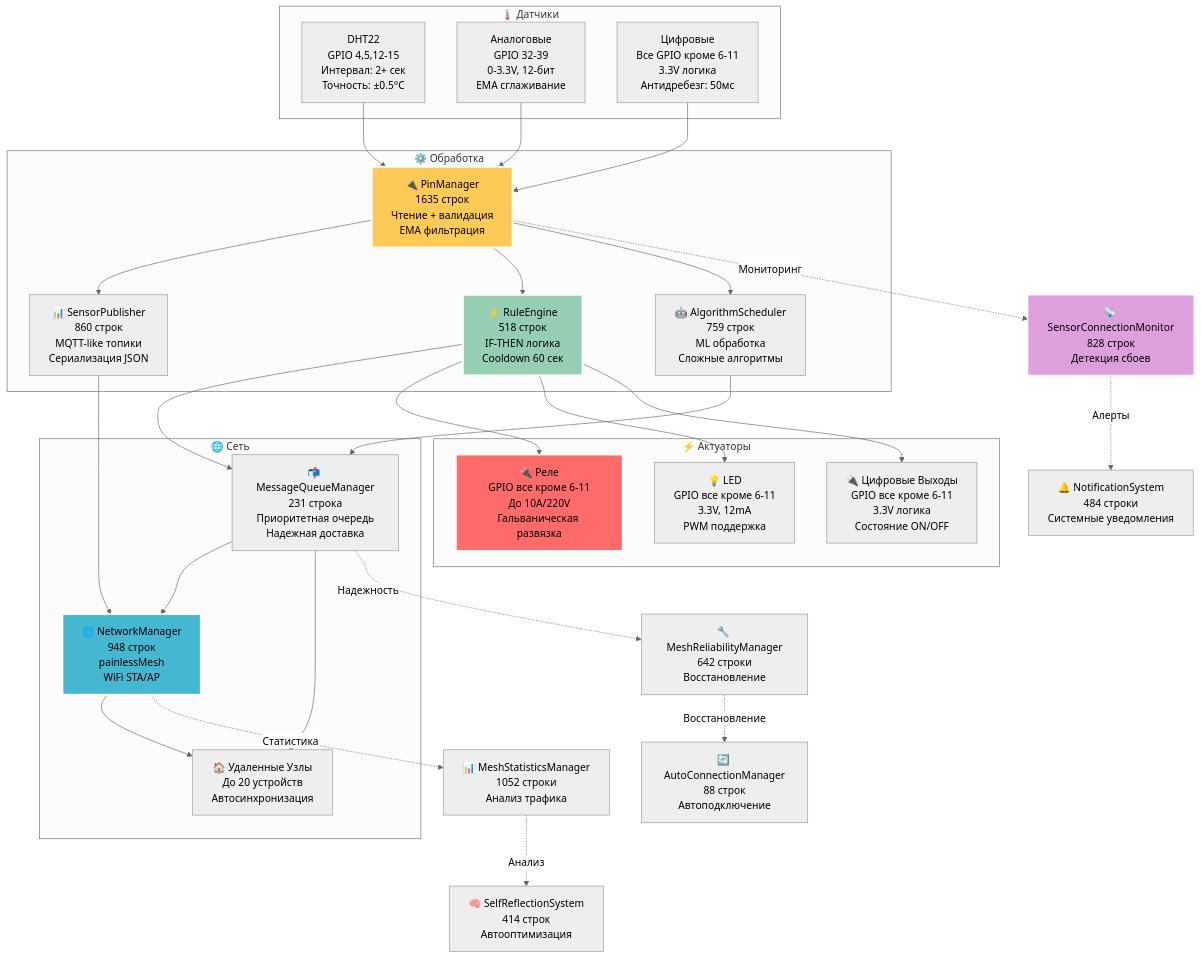
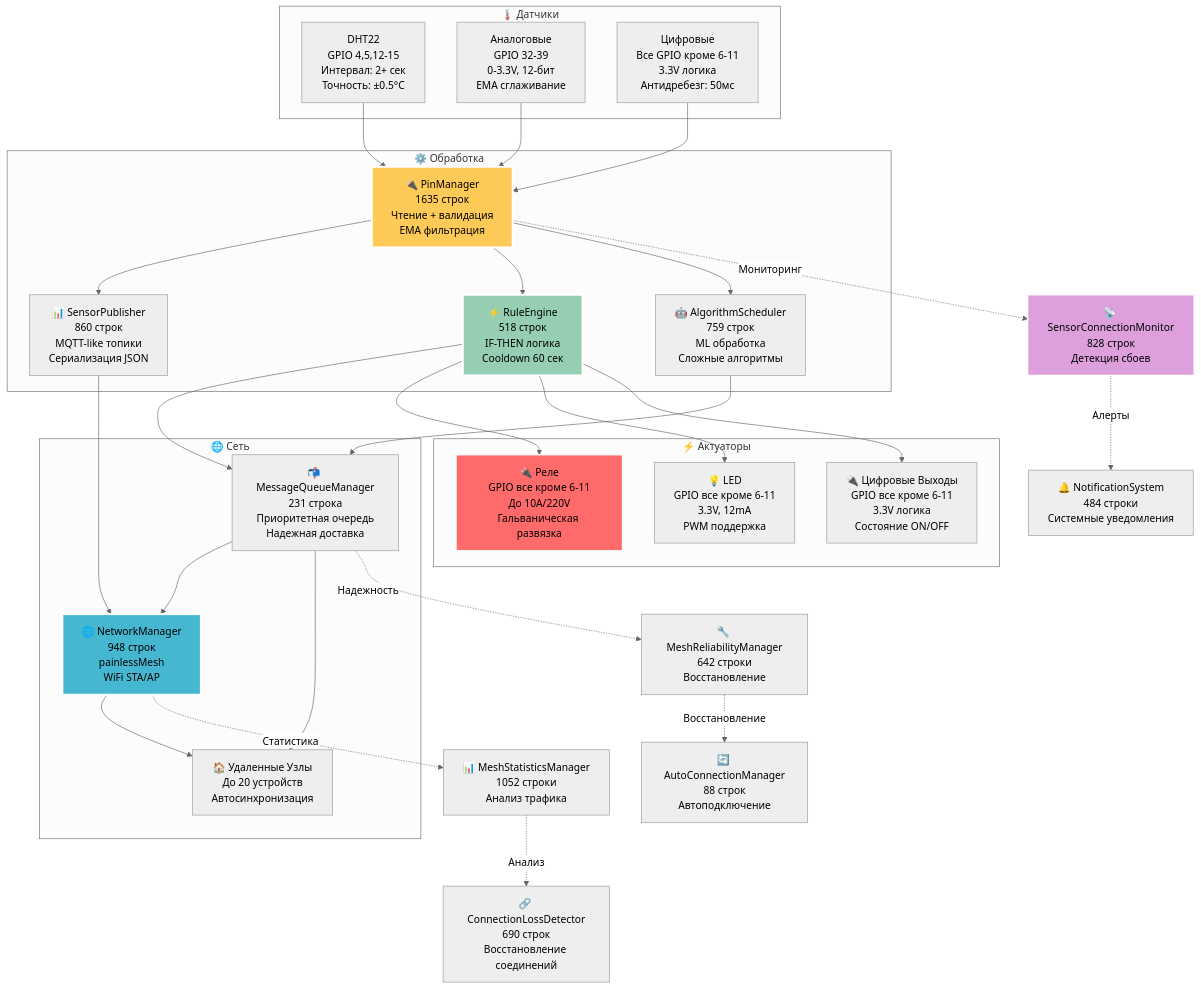
Before and after one commit to qagent567/esp_progect_PUB: the ninth of 9 diagrams in docs/архитектура/АРХИТЕКТУРА_ЯДРА.md, drawn with Mermaid (neutral theme). The commit also changed other lines of this file and 43 other files, not shown here.

````diff
--- a/docs/архитектура/АРХИТЕКТУРА_ЯДРА.md
+++ b/docs/архитектура/АРХИТЕКТУРА_ЯДРА.md
@@ -1151,64 +1146,64 @@
 ```mermaid
 graph TD
     subgraph Sensors["🌡️ Датчики"]
         DHT22["DHT22<br/>GPIO 4,5,12-15<br/>Интервал: 2+ сек<br/>Точность: ±0.5°C"]
         ANALOG["Аналоговые<br/>GPIO 32-39<br/>0-3.3V, 12-бит<br/>EMA сглаживание"]
         DIGITAL["Цифровые<br/>Все GPIO кроме 6-11<br/>3.3V логика<br/>Антидребезг: 50мс"]
     end
 
     subgraph Processing["⚙️ Обработка"]
         PIN_MGR["🔌 PinManager<br/>1635 строк<br/>Чтение + валидация<br/>EMA фильтрация"]
         SENSOR_PUB["📊 SensorPublisher<br/>860 строк<br/>MQTT-like топики<br/>Сериализация JSON"]
         RULE_ENGINE["⚡ RuleEngine<br/>518 строк<br/>IF-THEN логика<br/>Cooldown 60 сек"]
         ALGO_SCHED["🤖 AlgorithmScheduler<br/>759 строк<br/>ML обработка<br/>Сложные алгоритмы"]
     end
 
     subgraph Network["🌐 Сеть"]
         MESH_NET["🌐 NetworkManager<br/>948 строк<br/>painlessMesh<br/>WiFi STA/AP"]
         MSG_QUEUE["📬 MessageQueueManager<br/>231 строка<br/>Приоритетная очередь<br/>Надежная доставка"]
         REMOTE_NODES["🏠 Удаленные Узлы<br/>До 20 устройств<br/>Автосинхронизация"]
     end
 
     subgraph Actuators["⚡ Актуаторы"]
         RELAY["🔌 Реле<br/>GPIO все кроме 6-11<br/>До 10A/220V<br/>Гальваническая развязка"]
         LED["💡 LED<br/>GPIO все кроме 6-11<br/>3.3V, 12mA<br/>PWM поддержка"]
         DIGITAL_OUT["🔌 Цифровые Выходы<br/>GPIO все кроме 6-11<br/>3.3V логика<br/>Состояние ON/OFF"]
     end
 
     %% Поток данных
     DHT22 --> PIN_MGR
     ANALOG --> PIN_MGR
     DIGITAL --> PIN_MGR
 
     PIN_MGR --> SENSOR_PUB
     PIN_MGR --> RULE_ENGINE
     PIN_MGR --> ALGO_SCHED
 
     SENSOR_PUB --> MESH_NET
     RULE_ENGINE --> MSG_QUEUE
     ALGO_SCHED --> MSG_QUEUE
 
     MSG_QUEUE --> MESH_NET
     MESH_NET --> REMOTE_NODES
 
     RULE_ENGINE --> RELAY
     RULE_ENGINE --> LED
     RULE_ENGINE --> DIGITAL_OUT
     MSG_QUEUE --> REMOTE_NODES
 
     %% Мониторинг и диагностика
     PIN_MGR -.->|Мониторинг| SENSOR_CONN_MON["📡 SensorConnectionMonitor<br/>828 строк<br/>Детекция сбоев"]
     MESH_NET -.->|Статистика| MESH_STATS["📊 MeshStatisticsManager<br/>1052 строки<br/>Анализ трафика"]
     MSG_QUEUE -.->|Надежность| MESH_RELIAB["🔧 MeshReliabilityManager<br/>642 строки<br/>Восстановление"]
 
     SENSOR_CONN_MON -.->|Алерты| NOTIF_SYS["🔔 NotificationSystem<br/>484 строки<br/>Системные уведомления"]
-    MESH_STATS -.->|Анализ| SELF_REFLECT["🧠 SelfReflectionSystem<br/>414 строк<br/>Автооптимизация"]
+    MESH_STATS -.->|Анализ| CONN_DETECT["🔗 ConnectionLossDetector<br/>690 строк<br/>Восстановление соединений"]
     MESH_RELIAB -.->|Восстановление| AUTO_CONN["🔄 AutoConnectionManager<br/>88 строк<br/>Автоподключение"]
 
     %% Стили
     style PIN_MGR fill:#feca57,stroke:#fff,stroke-width:3px
     style RULE_ENGINE fill:#96ceb4,stroke:#fff,stroke-width:3px
     style MESH_NET fill:#45b7d1,stroke:#fff,stroke-width:3px
     style RELAY fill:#ff6b6b,stroke:#fff,stroke-width:2px
     style SENSOR_CONN_MON fill:#dda0dd,stroke:#fff,stroke-width:2px
 ```
````
